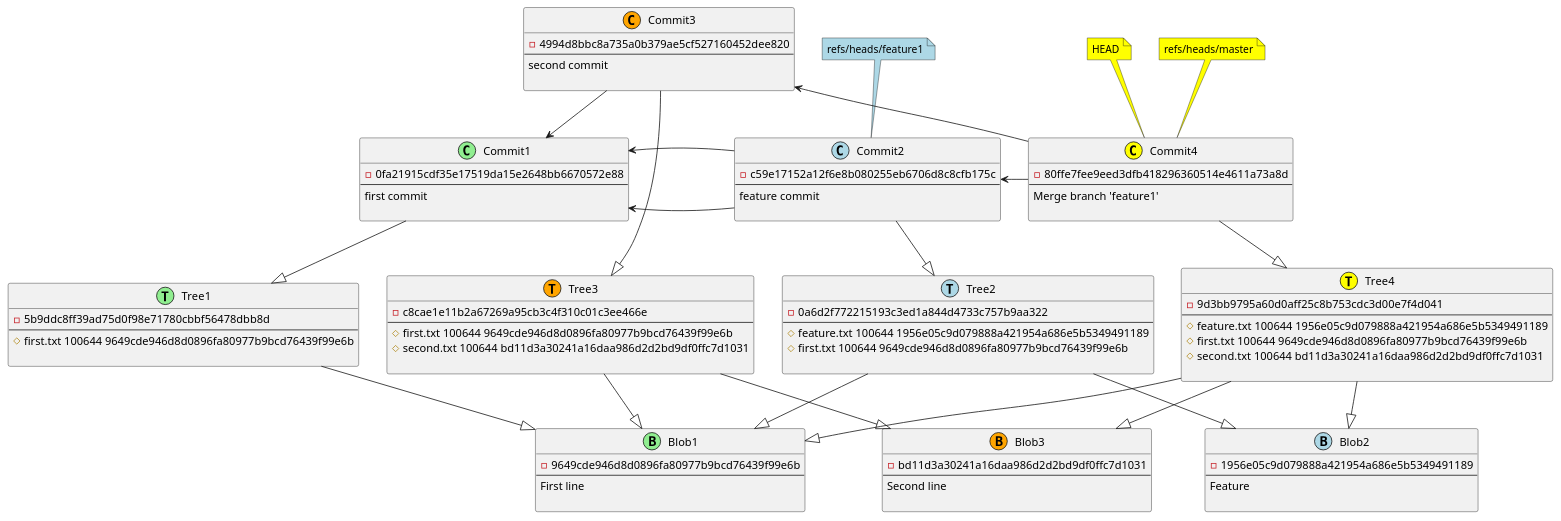
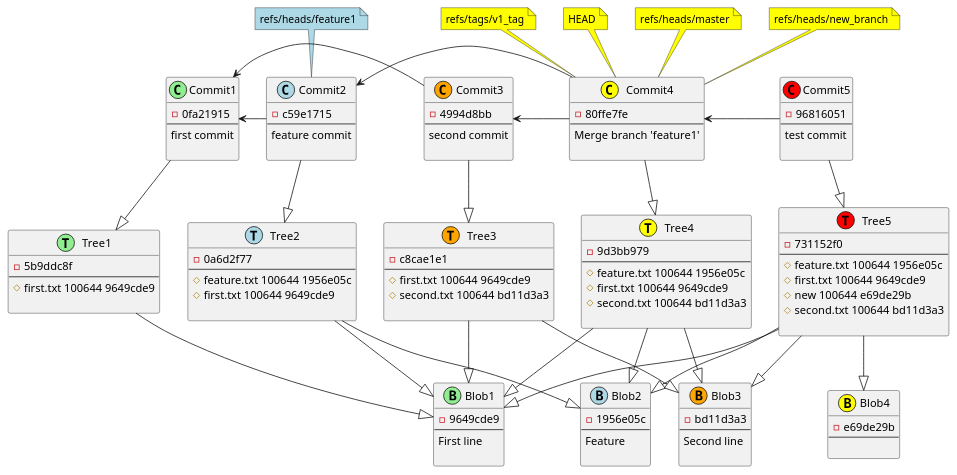
The diagram in out/production/resources/diagram.adoc (tsypuk/git2plantuml), drawn with PlantUML before and after one commit. The commit also changed 14 other files, not shown here.

```diff
--- a/out/production/resources/diagram.adoc
+++ b/out/production/resources/diagram.adoc
@@ -1,80 +1,105 @@
 [plantuml, commit,png, title=commit action, width=1000, height=1000]
 ....
 
+class Commit5 <<(C,red)>> {
+-96816051
+--
+test commit
+
+}
 class Commit4 <<(C,yellow)>> {
--80ffe7fee9eed3dfb418296360514e4611a73a8d
+-80ffe7fe
 --
 Merge branch 'feature1'
 
 }
 class Commit3 <<(C,orange)>> {
--4994d8bbc8a735a0b379ae5cf527160452dee820
+-4994d8bb
 --
 second commit
 
 }
 class Commit2 <<(C,lightblue)>> {
--c59e17152a12f6e8b080255eb6706d8c8cfb175c
+-c59e1715
 --
 feature commit
 
 }
 class Commit1 <<(C,lightgreen)>> {
--0fa21915cdf35e17519da15e2648bb6670572e88
+-0fa21915
 --
 first commit
 
 }
+class Tree5 <<(T,red)>> {
+-731152f0
+--
+# feature.txt 100644 1956e05c
+# first.txt 100644 9649cde9
+# new 100644 e69de29b
+# second.txt 100644 bd11d3a3
+
+}
 class Tree4 <<(T,yellow)>> {
--9d3bb9795a60d0aff25c8b753cdc3d00e7f4d041
+-9d3bb979
 --
-# feature.txt 100644 1956e05c9d079888a421954a686e5b5349491189
-# first.txt 100644 9649cde946d8d0896fa80977b9bcd76439f99e6b
-# second.txt 100644 bd11d3a30241a16daa986d2d2bd9df0ffc7d1031
+# feature.txt 100644 1956e05c
+# first.txt 100644 9649cde9
+# second.txt 100644 bd11d3a3
 
 }
 class Tree3 <<(T,orange)>> {
--c8cae1e11b2a67269a95cb3c4f310c01c3ee466e
+-c8cae1e1
 --
-# first.txt 100644 9649cde946d8d0896fa80977b9bcd76439f99e6b
-# second.txt 100644 bd11d3a30241a16daa986d2d2bd9df0ffc7d1031
+# first.txt 100644 9649cde9
+# second.txt 100644 bd11d3a3
 
 }
 class Tree2 <<(T,lightblue)>> {
--0a6d2f772215193c3ed1a844d4733c757b9aa322
+-0a6d2f77
 --
-# feature.txt 100644 1956e05c9d079888a421954a686e5b5349491189
-# first.txt 100644 9649cde946d8d0896fa80977b9bcd76439f99e6b
+# feature.txt 100644 1956e05c
+# first.txt 100644 9649cde9
 
 }
 class Tree1 <<(T,lightgreen)>> {
--5b9ddc8ff39ad75d0f98e71780cbbf56478dbb8d
+-5b9ddc8f
 --
-# first.txt 100644 9649cde946d8d0896fa80977b9bcd76439f99e6b
+# first.txt 100644 9649cde9
 
 }
 class Blob2 <<(B,lightblue)>> {
--1956e05c9d079888a421954a686e5b5349491189
+-1956e05c
 --
 Feature
 
 }
 class Blob1 <<(B,lightgreen)>> {
--9649cde946d8d0896fa80977b9bcd76439f99e6b
+-9649cde9
 --
 First line
 
 }
 class Blob3 <<(B,orange)>> {
--bd11d3a30241a16daa986d2d2bd9df0ffc7d1031
+-bd11d3a3
 --
 Second line
 
 }
+class Blob4 <<(B,yellow)>> {
+-e69de29b
+--
+
+}
+Commit5 --|> Tree5
 Commit4 --|> Tree4
 Commit3 --|> Tree3
 Commit2 --|> Tree2
 Commit1 --|> Tree1
+Tree5 --|> Blob2
+Tree5 --|> Blob1
+Tree5 --|> Blob4
+Tree5 --|> Blob3
 Tree4 --|> Blob2
 Tree4 --|> Blob1
 Tree4 --|> Blob3
@@ -83,13 +108,15 @@
 Tree2 --|> Blob2
 Tree2 --|> Blob1
 Tree1 --|> Blob1
+Commit4 -l-> Commit2
 Commit4 -l-> Commit3
-Commit4 -l-> Commit2
 Commit2 -l-> Commit1
-Commit2 -l-> Commit1
-Commit3 -d-> Commit1
+Commit3 -l-> Commit1
+Commit5 -l-> Commit4
 note top of Commit4 #yellow : HEAD
 note top of Commit2 #lightblue : refs/heads/feature1
 note top of Commit4 #yellow : refs/heads/master
+note top of Commit4 #yellow : refs/heads/new_branch
+note top of Commit4 #yellow : refs/tags/v1_tag
 
 ....
```
